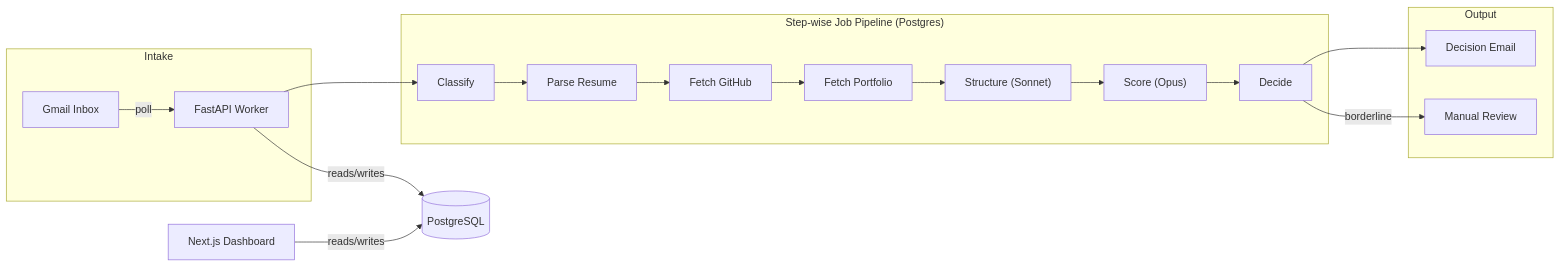
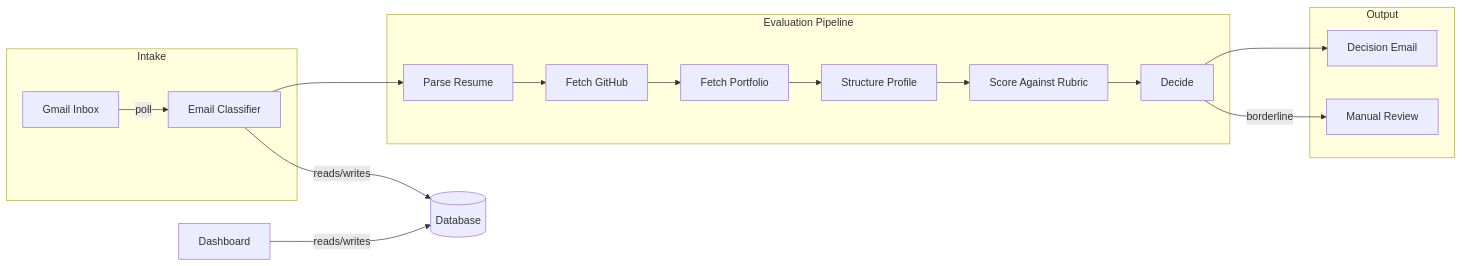
One commit to 21betmaster-byte/ai-candidate-evaluator changed the diagram in README.md. Above: the diagram before and after it, drawn with Mermaid. The commit also changed other lines of this file and 8 other files, not shown here.

````diff
--- a/README.md
+++ b/README.md
@@ -15,24 +17,23 @@
 ```mermaid
 flowchart LR
     subgraph Intake
-        A[Gmail Inbox] -->|poll| B[FastAPI Worker]
+        A[Gmail Inbox] -->|poll| B[Email Classifier]
     end
 
-    subgraph Pipeline["Step-wise Job Pipeline (Postgres)"]
-        B --> C[Classify]
-        C --> D[Parse Resume]
-        D --> E[Fetch GitHub]
-        E --> F[Fetch Portfolio]
-        F --> G["Structure (Sonnet)"]
-        G --> H["Score (Opus)"]
-        H --> I[Decide]
+    subgraph Pipeline["Evaluation Pipeline"]
+        B --> C[Parse Resume]
+        C --> D[Fetch GitHub]
+        D --> E[Fetch Portfolio]
+        E --> F[Structure Profile]
+        F --> G[Score Against Rubric]
+        G --> H[Decide]
     end
 
     subgraph Output
-        I --> J[Decision Email]
-        I -->|borderline| K[Manual Review]
+        H --> I[Decision Email]
+        H -->|borderline| J[Manual Review]
     end
 
-    L[Next.js Dashboard] -->|reads/writes| M[(PostgreSQL)]
-    B -->|reads/writes| M
+    K[Dashboard] -->|reads/writes| L[(Database)]
+    B -->|reads/writes| L
 ```
````
